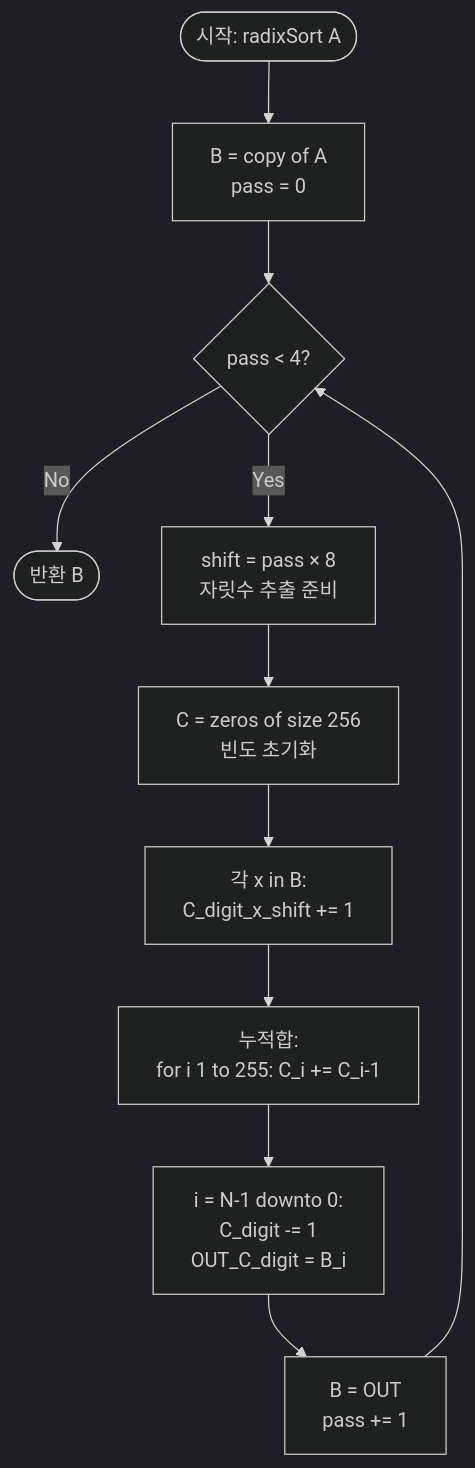
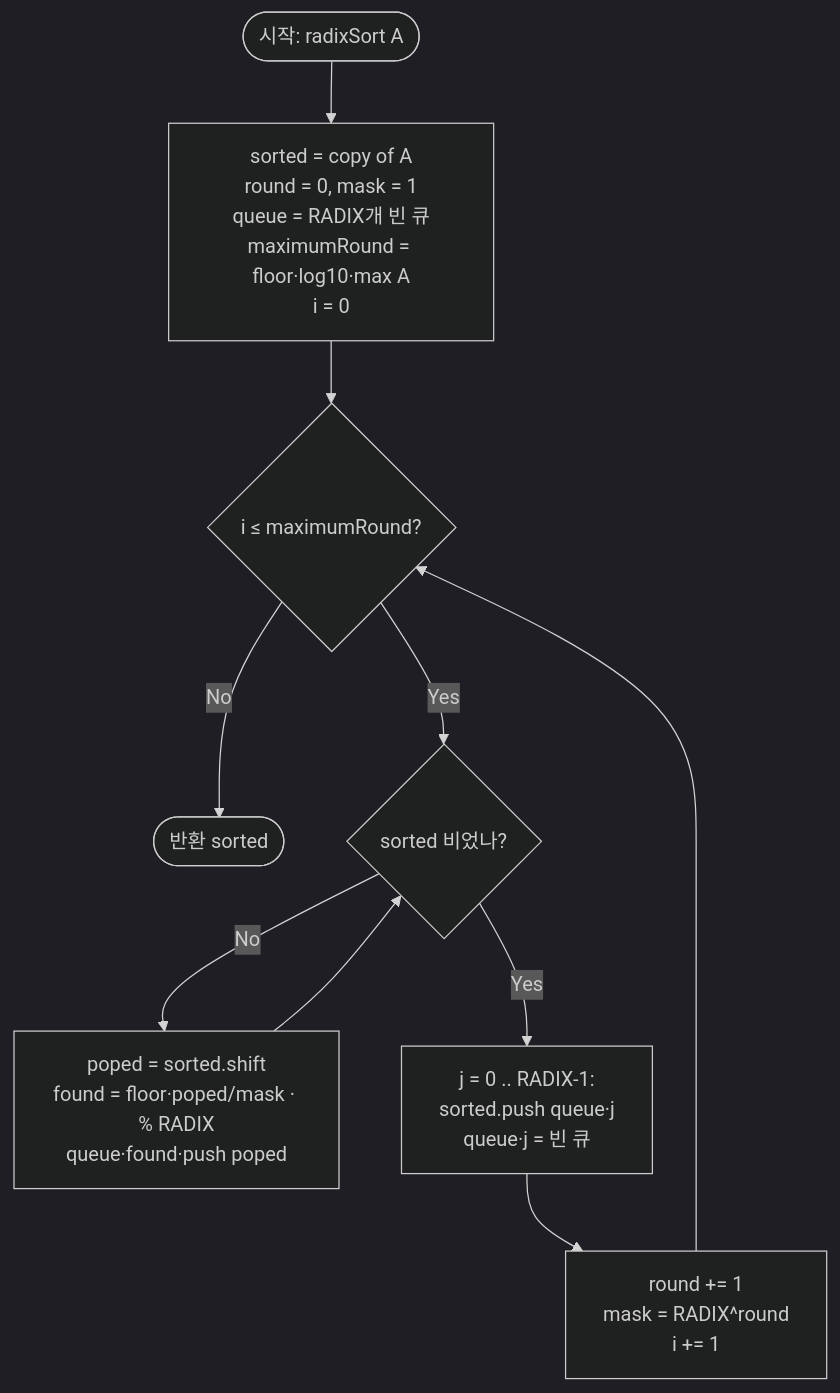
One commit to centurio1987/grow-up-programming changed the diagram in src/sorting/radixSort/radixSort-guide.mdx. Above: the diagram before and after it, drawn with Mermaid (dark theme). The commit also changed other lines of this file and 140 other files, not shown here.

````diff
--- a/src/sorting/radixSort/radixSort-guide.mdx
+++ b/src/sorting/radixSort/radixSort-guide.mdx
@@ -256,13 +256,12 @@
 ```mermaid
 flowchart TD
-    A([시작: radixSort A]) --> B[B = copy of A\npass = 0]
-    B --> C{pass < 4?}
-    C -- No --> Z([반환 B])
-    C -- Yes --> D[shift = pass × 8\n자릿수 추출 준비]
-    D --> E[C = zeros of size 256\n빈도 초기화]
-    E --> F[각 x in B:\nC_digit_x_shift += 1]
-    F --> G[누적합:\nfor i 1 to 255: C_i += C_i-1]
-    G --> H[i = N-1 downto 0:\nC_digit -= 1\nOUT_C_digit = B_i]
-    H --> I[B = OUT\npass += 1]
-    I --> C
+    A([시작: radixSort A]) --> B[sorted = copy of A<br/>round = 0, mask = 1<br/>queue = RADIX개 빈 큐<br/>maximumRound = floor·log10·max A<br/>i = 0]
+    B --> C{i ≤ maximumRound?}
+    C -- No --> Z([반환 sorted])
+    C -- Yes --> E{sorted 비었나?}
+    E -- No --> F[poped = sorted.shift<br/>found = floor·poped/mask · % RADIX<br/>queue·found·push poped]
+    F --> E
+    E -- Yes --> G[j = 0 .. RADIX-1:<br/>sorted.push queue·j<br/>queue·j = 빈 큐]
+    G --> H[round += 1<br/>mask = RADIX^round<br/>i += 1]
+    H --> C
 ```
````
